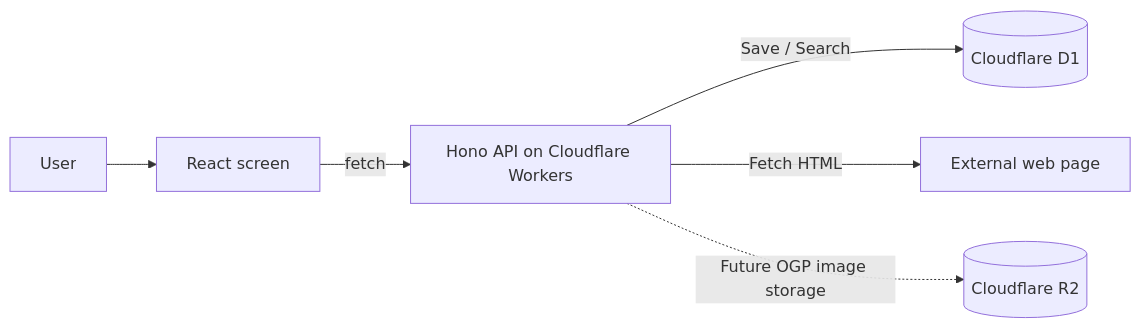
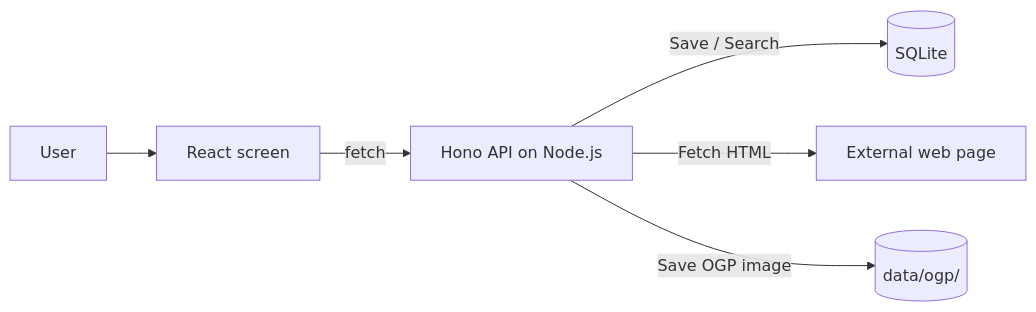
The diagram in i18n/en/docusaurus-plugin-content-docs/current/05-application-overview.mdx (goofmint/cr-learning), drawn with Mermaid before and after one commit. The commit also changed other lines of this file and 16 other files, not shown here.

````diff
--- a/i18n/en/docusaurus-plugin-content-docs/current/05-application-overview.mdx
+++ b/i18n/en/docusaurus-plugin-content-docs/current/05-application-overview.mdx
@@ -61,8 +57,8 @@
 ```mermaid
 flowchart LR
   U[User] --> C[React screen]
-  C -->|fetch| A[Hono API on Cloudflare Workers]
-  A -->|Save / Search| D[(Cloudflare D1)]
+  C -->|fetch| A[Hono API on Node.js]
+  A -->|Save / Search| D[(SQLite)]
   A -->|Fetch HTML| W[External web page]
-  A -.Future OGP image storage.-> R[(Cloudflare R2)]
+  A -->|Save OGP image| R[(data/ogp/)]
 ```
````
